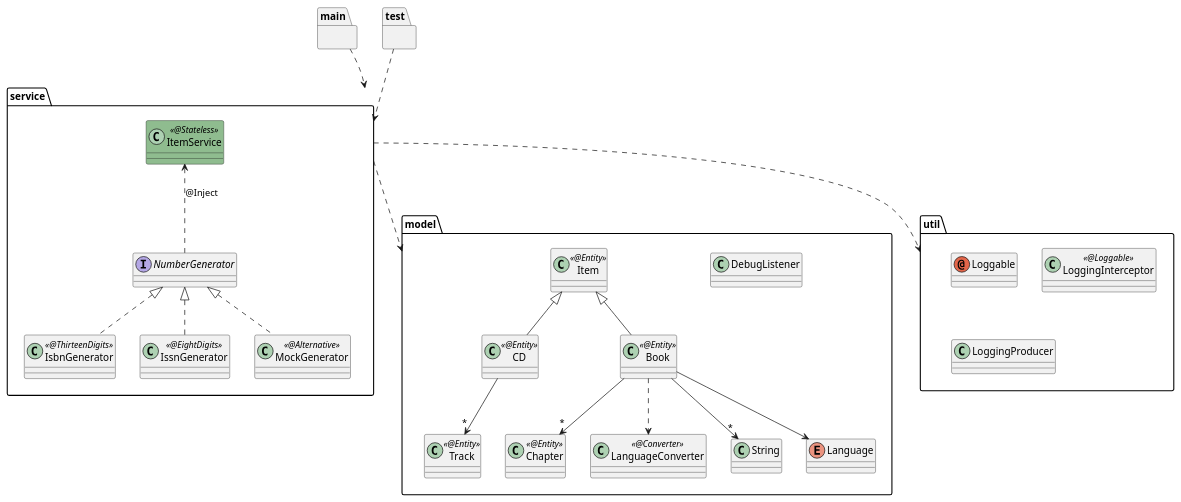
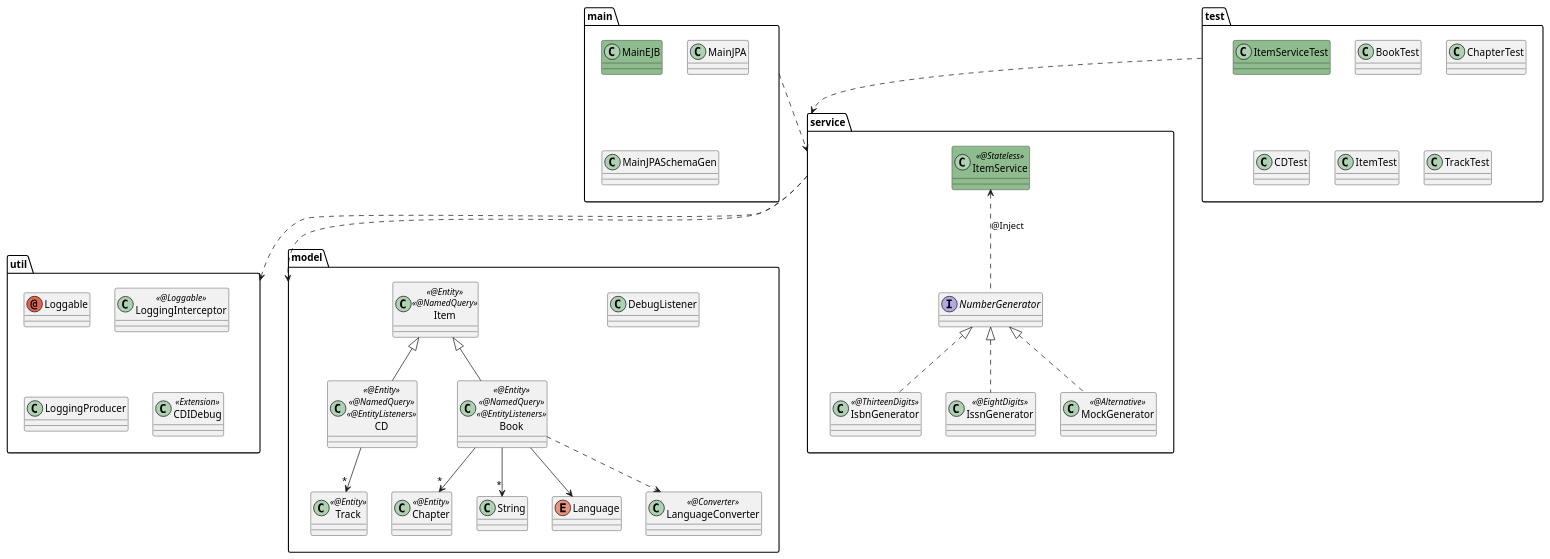
One commit to agoncal/agoncal-training-javaee7 changed the diagram in 09-EJB/demo09.puml. Above: the diagram before and after it, drawn with PlantUML. The commit also changed 16 other files, not shown here.

Commit message:
Updading UML schemas

```diff
--- a/09-EJB/demo09.puml
+++ b/09-EJB/demo09.puml
@@ -1,52 +1,62 @@
 @startuml
 
 package "main" {
+    class MainEJB #8FBC8F
+    class MainJPA
+    class MainJPASchemaGen
 }
 package "test" {
+    class ItemServiceTest #8FBC8F
+    class BookTest
+    class ChapterTest
+    class CDTest
+    class ItemTest
+    class TrackTest
 }
 
 package "service" {
     interface NumberGenerator
     class IsbnGenerator << @ThirteenDigits >>
     class IssnGenerator << @EightDigits >>
     class MockGenerator << @Alternative >>
     class ItemService << @Stateless >> #8FBC8F
 
     ItemService <.. NumberGenerator : @Inject
     NumberGenerator <|.. IsbnGenerator
     NumberGenerator <|.. IssnGenerator
     NumberGenerator <|.. MockGenerator
 }
 
 package "model" {
     class DebugListener
-    class Item << @Entity >>
-    class CD << @Entity >>
+    class Item << @Entity >> << @NamedQuery >>
+    class CD << @Entity >> << @NamedQuery >> << @EntityListeners >>
     class Track << @Entity >>
     class Chapter << @Entity >>
-    class LanguageConverter << @Converter >>
-    class Book << @Entity >>
+    class Book << @Entity >> << @NamedQuery >> << @EntityListeners >>
     class String
     enum Language
+    class LanguageConverter << @Converter >>
 
     Item <|-- CD
     Item <|-- Book
     CD --> "*" Track
     Book --> "*" String
     Book --> "*" Chapter
     Book --> Language
     Book ..> LanguageConverter
 }
 
 package "util" {
     annotation Loggable
     class LoggingInterceptor << @Loggable >>
     class LoggingProducer
+    class CDIDebug << Extension >>
 }
 
 main ..> service
 test ..> service
 service ..> model
 service ..> util
 
 @enduml
```
